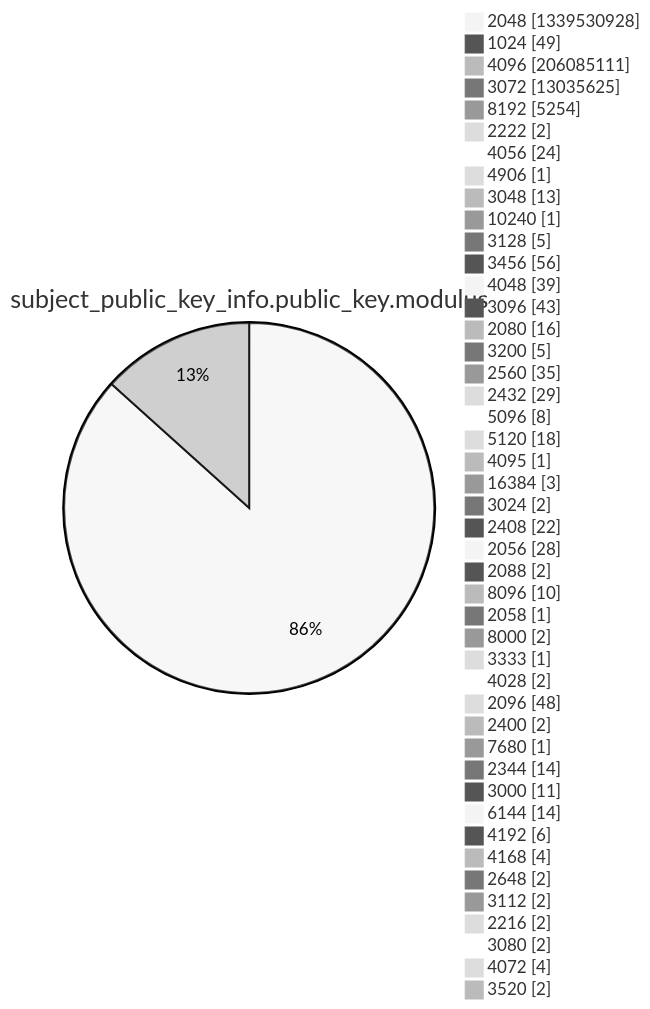
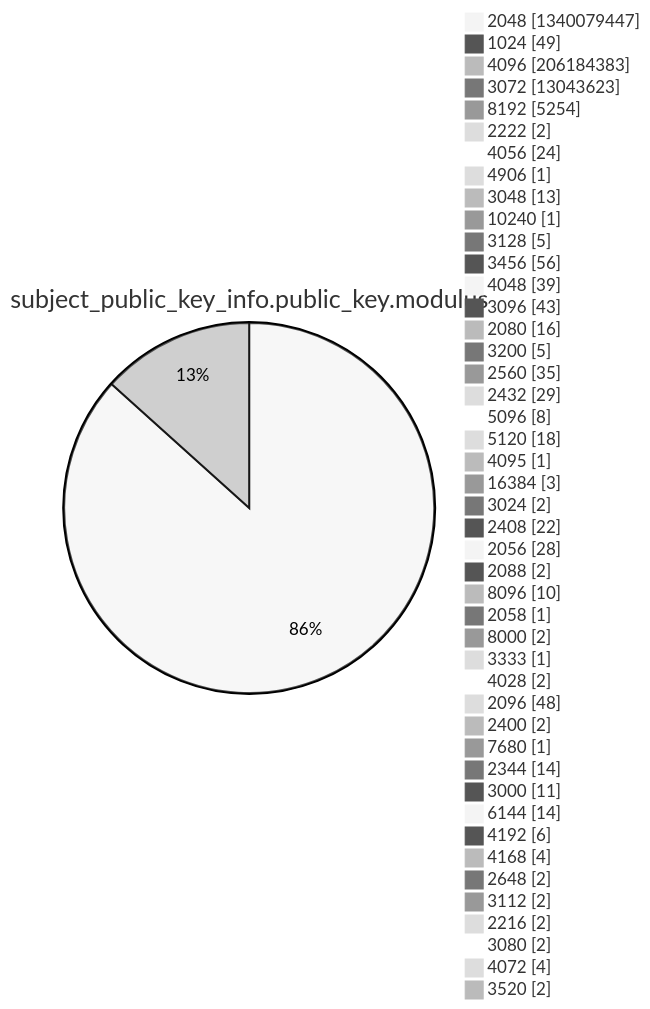
One commit to christiankrug/ctmonitor_visualization changed diagram 13 of 15 in xenon2022/README.md. Above: the diagram before and after it, drawn with Mermaid (neutral theme). The commit also changed other lines of this file, not shown here.

````diff
--- a/xenon2022/README.md
+++ b/xenon2022/README.md
@@ -3926,49 +3927,49 @@
 ```mermaid
 pie showData
 title subject_public_key_info.public_key.modulus
-"2048" :1339530928
+"2048" :1340079447
 "1024" :49
-"4096" :206085111
-"3072" :13035625
+"4096" :206184383
+"3072" :13043623
 "8192" :5254
 "2222" :2
 "4056" :24
 "4906" :1
 "3048" :13
 "10240" :1
 "3128" :5
 "3456" :56
 "4048" :39
 "3096" :43
 "2080" :16
 "3200" :5
 "2560" :35
 "2432" :29
 "5096" :8
 "5120" :18
 "4095" :1
 "16384" :3
 "3024" :2
 "2408" :22
 "2056" :28
 "2088" :2
 "8096" :10
 "2058" :1
 "8000" :2
 "3333" :1
 "4028" :2
 "2096" :48
 "2400" :2
 "7680" :1
 "2344" :14
 "3000" :11
 "6144" :14
 "4192" :6
 "4168" :4
 "2648" :2
 "3112" :2
 "2216" :2
 "3080" :2
 "4072" :4
 "3520" :2
 ```
````
